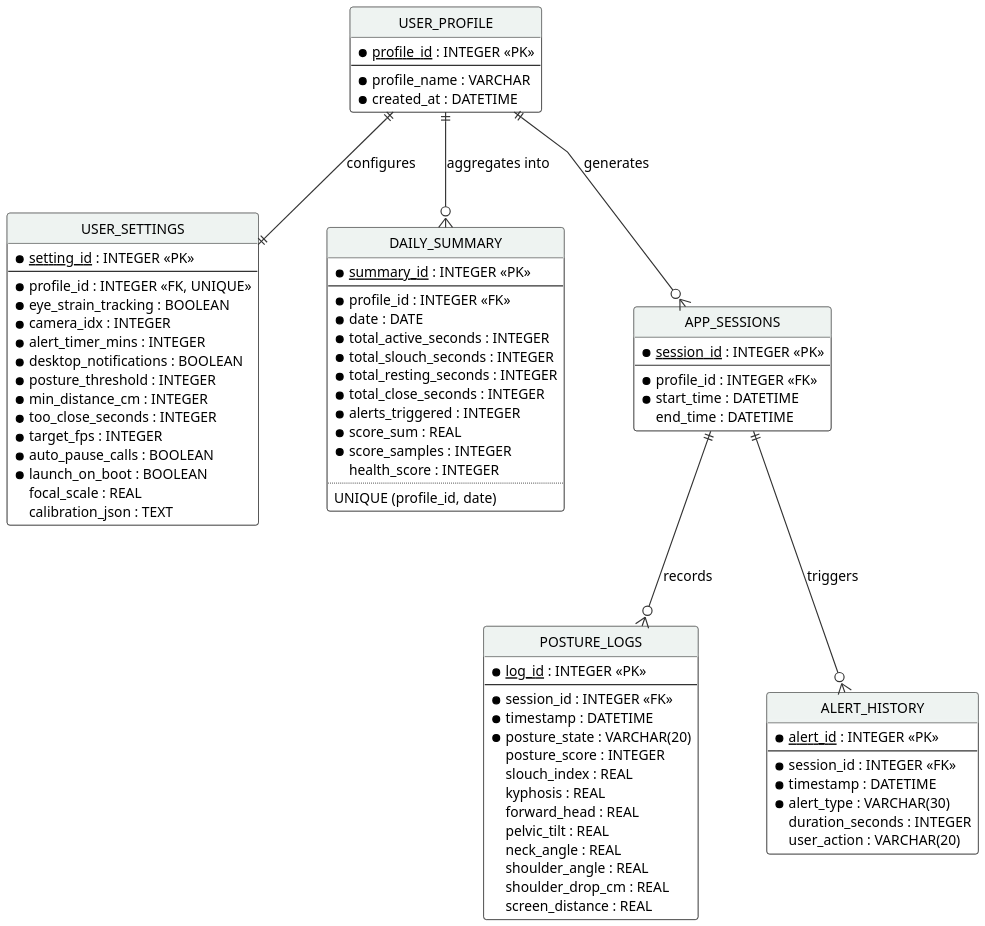
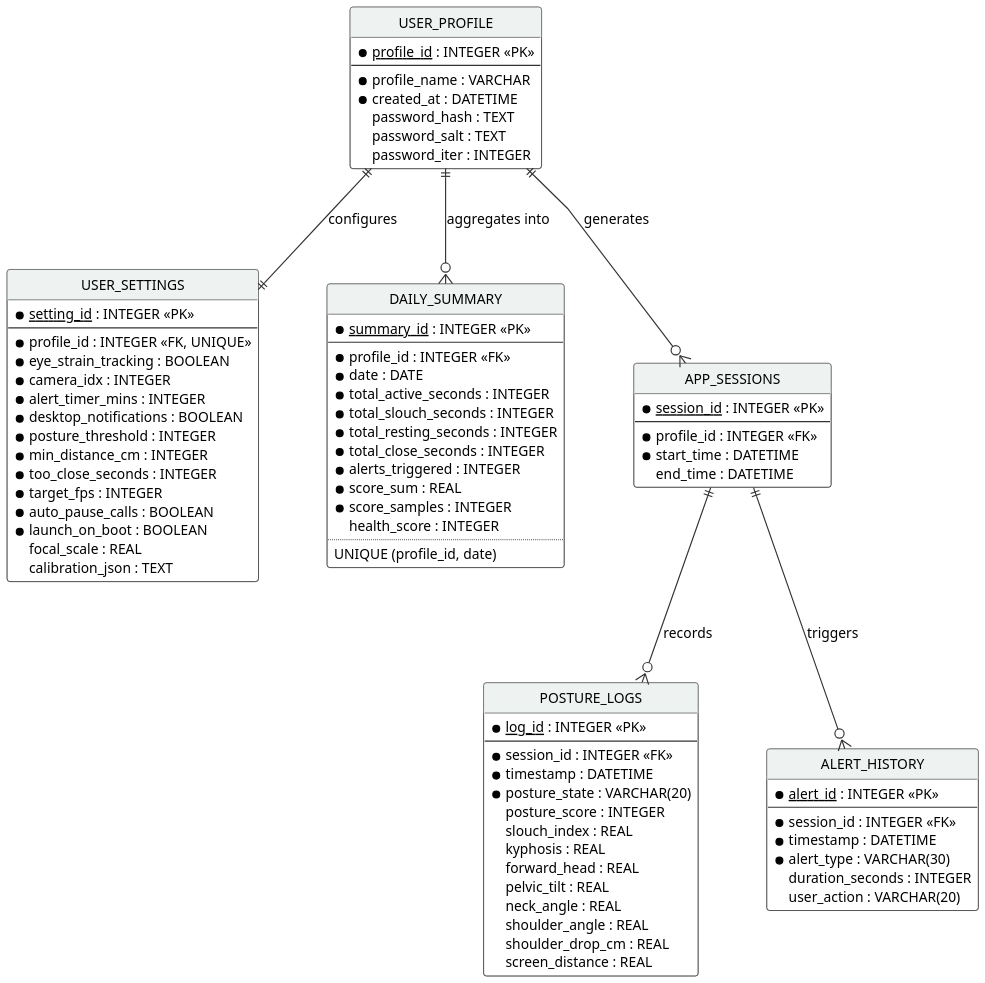
Before and after one commit to ahsanjutt5844-bit/desk-health-ai: the diagram in docs/phase3-diagrams/erd.puml, drawn with PlantUML. The commit also changed 7 other files, not shown here.

First line of the commit message:
Phase 3 SDS: Sprint 9 progress, security layer, corrected diagrams

```diff
--- a/docs/phase3-diagrams/erd.puml
+++ b/docs/phase3-diagrams/erd.puml
@@ -1,95 +1,98 @@
 @startuml erd
 skinparam dpi 170
 skinparam shadowing false
 skinparam defaultFontName Arial
 skinparam defaultFontSize 12
 skinparam linetype polyline
 skinparam nodesep 60
 skinparam ranksep 70
 skinparam class {
   BackgroundColor #FFFFFF
   BorderColor #333333
   ArrowColor #333333
   HeaderBackgroundColor #EEF3F1
 }
 hide circle
 hide empty methods
 
 entity "USER_PROFILE" as P {
   * <u>profile_id</u> : INTEGER <<PK>>
   --
   * profile_name : VARCHAR
   * created_at : DATETIME
+  password_hash : TEXT
+  password_salt : TEXT
+  password_iter : INTEGER
 }
 entity "USER_SETTINGS" as S {
   * <u>setting_id</u> : INTEGER <<PK>>
   --
   * profile_id : INTEGER <<FK, UNIQUE>>
   * eye_strain_tracking : BOOLEAN
   * camera_idx : INTEGER
   * alert_timer_mins : INTEGER
   * desktop_notifications : BOOLEAN
   * posture_threshold : INTEGER
   * min_distance_cm : INTEGER
   * too_close_seconds : INTEGER
   * target_fps : INTEGER
   * auto_pause_calls : BOOLEAN
   * launch_on_boot : BOOLEAN
   focal_scale : REAL
   calibration_json : TEXT
 }
 entity "DAILY_SUMMARY" as D {
   * <u>summary_id</u> : INTEGER <<PK>>
   --
   * profile_id : INTEGER <<FK>>
   * date : DATE
   * total_active_seconds : INTEGER
   * total_slouch_seconds : INTEGER
   * total_resting_seconds : INTEGER
   * total_close_seconds : INTEGER
   * alerts_triggered : INTEGER
   * score_sum : REAL
   * score_samples : INTEGER
   health_score : INTEGER
   ..
   UNIQUE (profile_id, date)
 }
 entity "APP_SESSIONS" as A {
   * <u>session_id</u> : INTEGER <<PK>>
   --
   * profile_id : INTEGER <<FK>>
   * start_time : DATETIME
   end_time : DATETIME
 }
 entity "POSTURE_LOGS" as L {
   * <u>log_id</u> : INTEGER <<PK>>
   --
   * session_id : INTEGER <<FK>>
   * timestamp : DATETIME
   * posture_state : VARCHAR(20)
   posture_score : INTEGER
   slouch_index : REAL
   kyphosis : REAL
   forward_head : REAL
   pelvic_tilt : REAL
   neck_angle : REAL
   shoulder_angle : REAL
   shoulder_drop_cm : REAL
   screen_distance : REAL
 }
 entity "ALERT_HISTORY" as H {
   * <u>alert_id</u> : INTEGER <<PK>>
   --
   * session_id : INTEGER <<FK>>
   * timestamp : DATETIME
   * alert_type : VARCHAR(30)
   duration_seconds : INTEGER
   user_action : VARCHAR(20)
 }
 
 P ||--|| S : configures
 P ||--o{ D : aggregates into
 P ||--o{ A : generates
 A ||--o{ L : records
 A ||--o{ H : triggers
 @enduml
```
